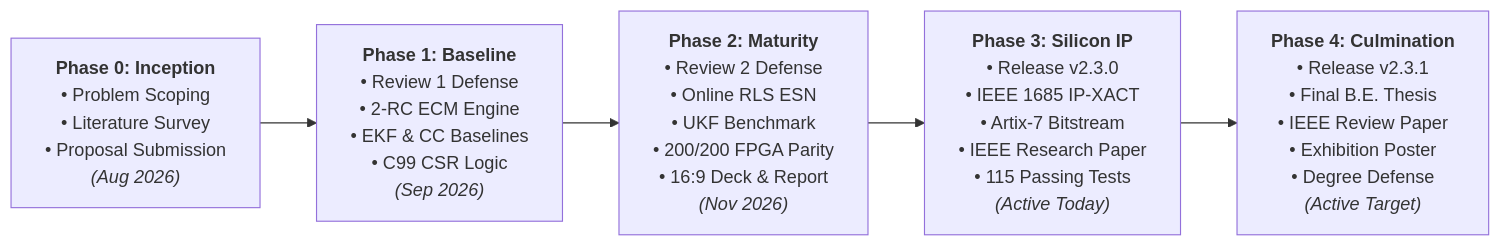
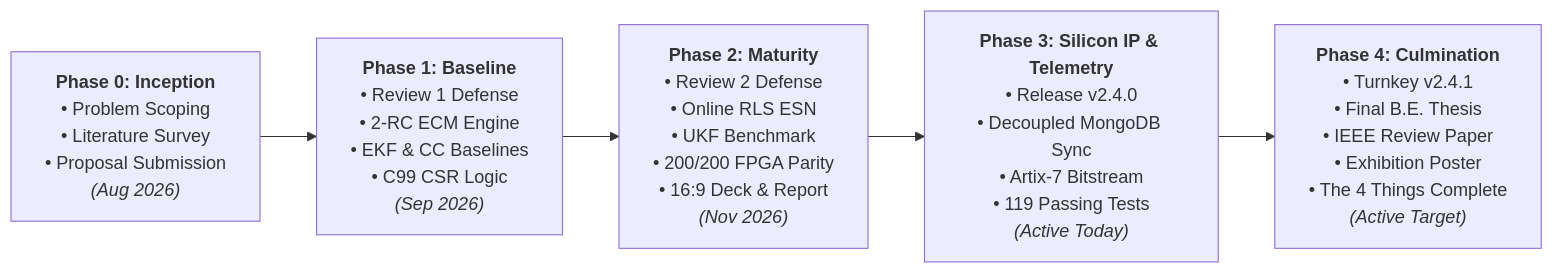
The second of 3 diagrams in README.md (tanish-jain-225/Battery_State_Estimator_BE_Project_2026_2027), drawn with Mermaid before and after one commit. The commit also changed other lines of this file and 24 other files, not shown here.

Commit message:
feat(release): bump version to v2.4.0 with decoupled mongodb sync, anti-freeze UX, and full Indian e-mobility research synthesis

````diff
--- a/README.md
+++ b/README.md
@@ -108,7 +202,7 @@
 ```mermaid
 flowchart LR
     M0["<b>Phase 0: Inception</b><br/>• Problem Scoping<br/>• Literature Survey<br/>• Proposal Submission<br/><i>(Aug 2026)</i>"] --> M1["<b>Phase 1: Baseline</b><br/>• Review 1 Defense<br/>• 2-RC ECM Engine<br/>• EKF & CC Baselines<br/>• C99 CSR Logic<br/><i>(Sep 2026)</i>"]
     M1 --> M2["<b>Phase 2: Maturity</b><br/>• Review 2 Defense<br/>• Online RLS ESN<br/>• UKF Benchmark<br/>• 200/200 FPGA Parity<br/>• 16:9 Deck & Report<br/><i>(Nov 2026)</i>"]
-    M2 --> M3["<b>Phase 3: Silicon IP</b><br/>• Release v2.3.0<br/>• IEEE 1685 IP-XACT<br/>• Artix-7 Bitstream<br/>• IEEE Research Paper<br/>• 115 Passing Tests<br/><i>(Active Today)</i>"]
-    M3 --> M4["<b>Phase 4: Culmination</b><br/>• Release v2.3.1<br/>• Final B.E. Thesis<br/>• IEEE Review Paper<br/>• Exhibition Poster<br/>• Degree Defense<br/><i>(Active Target)</i>"]
+    M2 --> M3["<b>Phase 3: Silicon IP & Telemetry</b><br/>• Release v2.4.0<br/>• Decoupled MongoDB Sync<br/>• Artix-7 Bitstream<br/>• 119 Passing Tests<br/><i>(Active Today)</i>"]
+    M3 --> M4["<b>Phase 4: Culmination</b><br/>• Turnkey v2.4.1<br/>• Final B.E. Thesis<br/>• IEEE Review Paper<br/>• Exhibition Poster<br/>• The 4 Things Complete<br/><i>(Active Target)</i>"]
 ```
````
